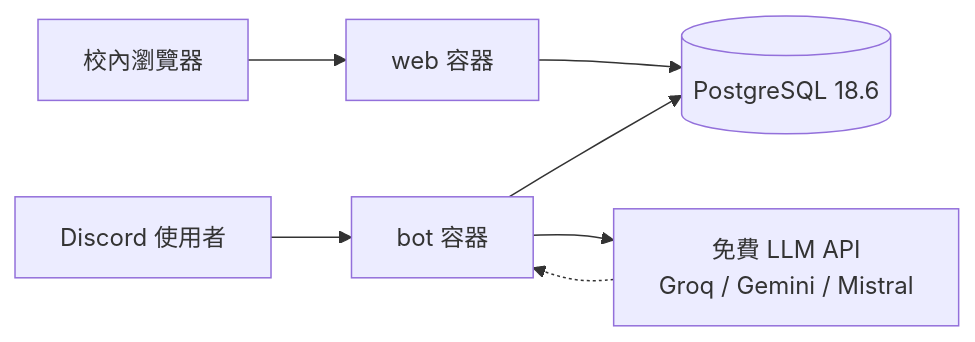
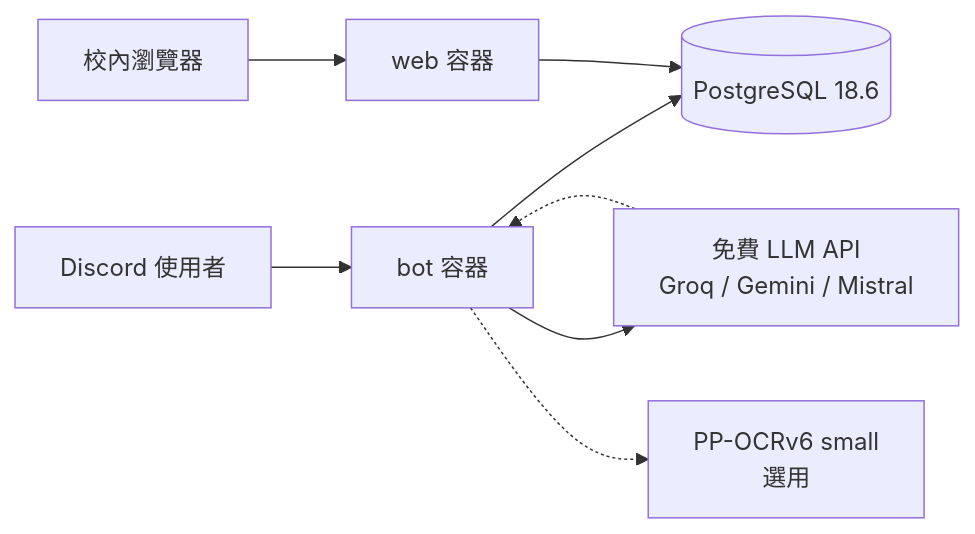
One commit to Lrniey666/AIPAR-ETA changed the diagram in README.md. Above: the diagram before and after it, drawn with Mermaid. The commit also changed other lines of this file and 97 other files, not shown here.

````diff
--- a/README.md
+++ b/README.md
@@ -115,9 +122,10 @@
 ```mermaid
 flowchart LR
   D[Discord 使用者] --> B[bot 容器]
   C[校內瀏覽器] --> W[web 容器]
   B --> P[(PostgreSQL 18.6)]
   W --> P
   B --> L[免費 LLM API<br/>Groq / Gemini / Mistral]
+  B -.-> O[PP-OCRv6 small<br/>選用]
   L -.-> B
 ```
````
